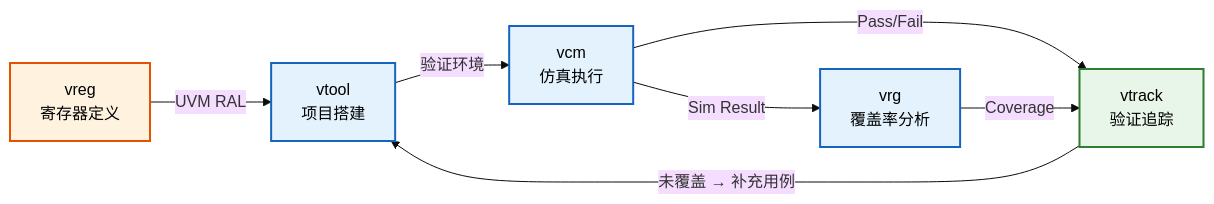
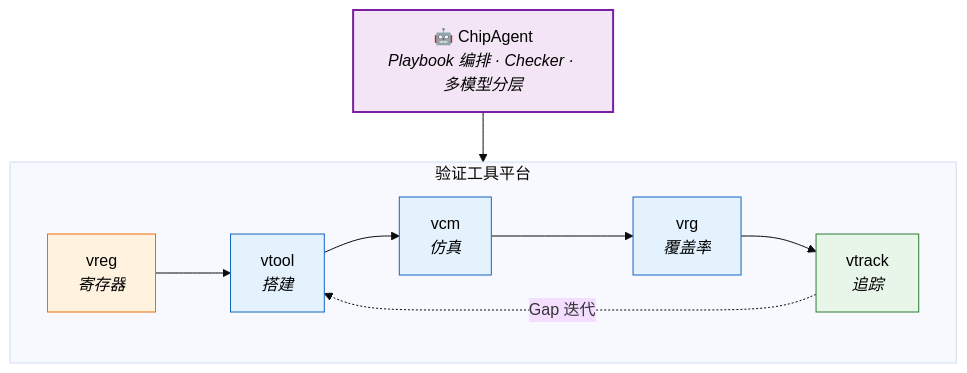
Before and after one commit to Johnmc104/Johnmc104: the first of 2 diagrams in README.md, drawn with Mermaid (base theme). The commit also changed other lines of this file, not shown here.

````diff
--- a/README.md
+++ b/README.md
@@ -69,15 +69,23 @@
 ```mermaid
-flowchart LR
-    A["vreg<br/>寄存器定义"] -->|"UVM RAL"| B["vtool<br/>项目搭建"]
-    B -->|"验证环境"| C["vcm<br/>仿真执行"]
-    C -->|"Sim Result"| D["vrg<br/>覆盖率分析"]
-    C -->|"Pass/Fail"| E["vtrack<br/>验证追踪"]
-    D -->|"Coverage"| E
-    E -->|"未覆盖 → 补充用例"| B
+flowchart TD
+    CA["🤖 ChipAgent<br/><i>Playbook 编排 · Checker · 多模型分层</i>"]:::agent
 
-    style A fill:#fff3e0,stroke:#e65100,stroke-width:2px,color:#000
-    style B fill:#e3f2fd,stroke:#1565c0,stroke-width:2px,color:#000
-    style C fill:#e3f2fd,stroke:#1565c0,stroke-width:2px,color:#000
-    style D fill:#e3f2fd,stroke:#1565c0,stroke-width:2px,color:#000
-    style E fill:#e8f5e9,stroke:#2e7d32,stroke-width:2px,color:#000
+    CA --> Platform
+
+    subgraph Platform["验证工具平台"]
+        direction LR
+        vreg["vreg<br/><i>寄存器</i>"]:::reg
+        vtool["vtool<br/><i>搭建</i>"]:::tool
+        vcm["vcm<br/><i>仿真</i>"]:::tool
+        vrg["vrg<br/><i>覆盖率</i>"]:::tool
+        vtrack["vtrack<br/><i>追踪</i>"]:::track
+        vreg --> vtool --> vcm --> vrg --> vtrack
+    end
+
+    vtrack -. "Gap 迭代" .-> vtool
+
+    classDef agent fill:#f3e5f5,stroke:#7b1fa2,stroke-width:2px,color:#000
+    classDef reg fill:#fff3e0,stroke:#ef6c00,color:#000
+    classDef tool fill:#e3f2fd,stroke:#1565c0,color:#000
+    classDef track fill:#e8f5e9,stroke:#2e7d32,color:#000
 ```
````
